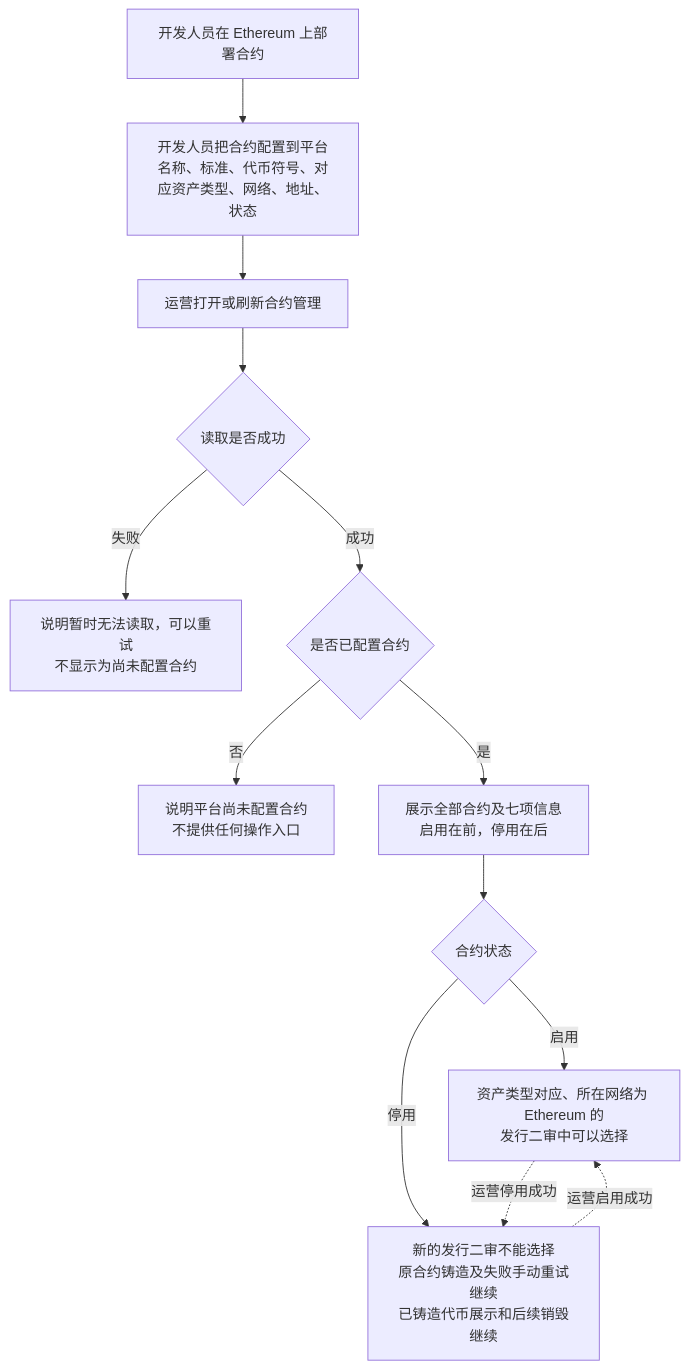
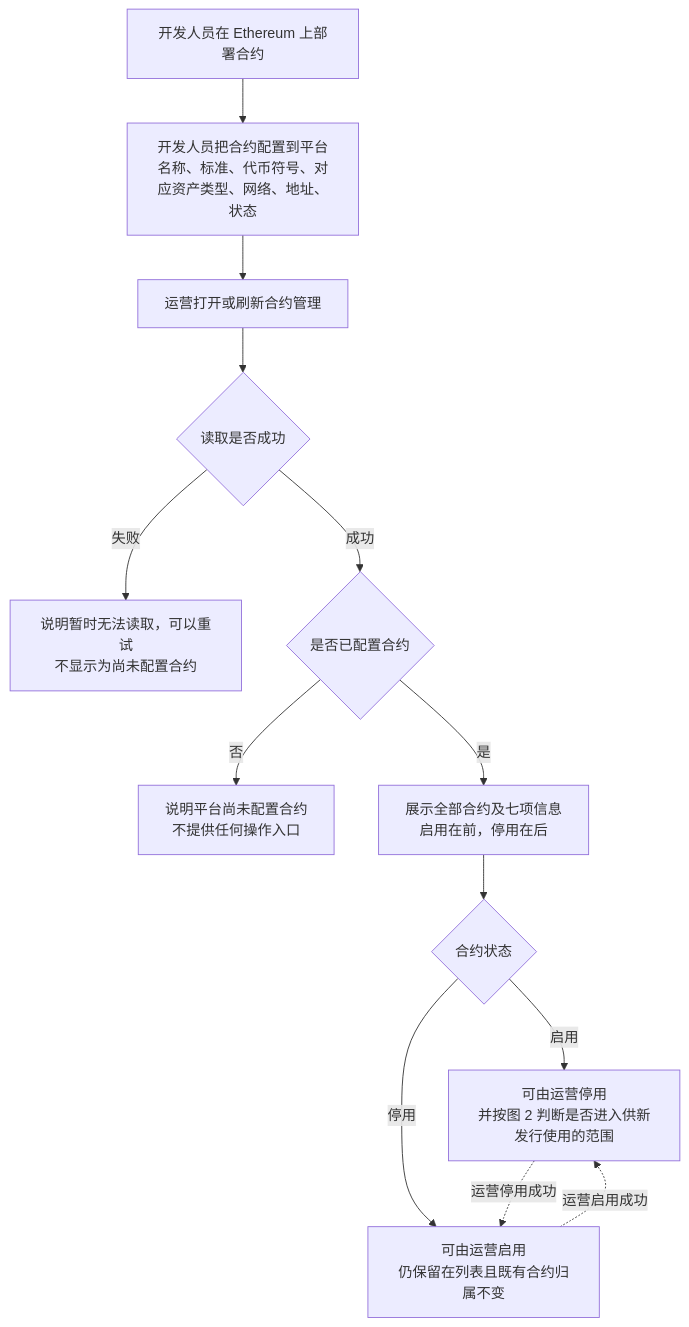
Before and after one commit to wxblockchain/Chain-Financing: the first of 6 diagrams in token-issuance-platform/PRD/管理端/M6-合约管理/02-合约管理-流程图与状态机.md, drawn with Mermaid. The commit also changed other lines of this file and 2 other files, not shown here.

````diff
--- a/token-issuance-platform/PRD/管理端/M6-合约管理/02-合约管理-流程图与状态机.md
+++ b/token-issuance-platform/PRD/管理端/M6-合约管理/02-合约管理-流程图与状态机.md
@@ -21,15 +21,15 @@
 ```mermaid
 flowchart TD
     A[开发人员在 Ethereum 上部署合约] --> B[开发人员把合约配置到平台<br/>名称、标准、代币符号、对应资产类型、网络、地址、状态]
     B --> C[运营打开或刷新合约管理]
     C --> D{读取是否成功}
     D -->|失败| D1[说明暂时无法读取，可以重试<br/>不显示为尚未配置合约]
     D -->|成功| E{是否已配置合约}
     E -->|否| E1[说明平台尚未配置合约<br/>不提供任何操作入口]
     E -->|是| F[展示全部合约及七项信息<br/>启用在前，停用在后]
     F --> G{合约状态}
-    G -->|启用| H[资产类型对应、所在网络为 Ethereum 的<br/>发行二审中可以选择]
-    G -->|停用| I[新的发行二审不能选择<br/>原合约铸造及失败手动重试继续<br/>已铸造代币展示和后续销毁继续]
+    G -->|启用| H[可由运营停用<br/>并按图 2 判断是否进入供新发行使用的范围]
+    G -->|停用| I[可由运营启用<br/>仍保留在列表且既有合约归属不变]
     H -.运营停用成功.-> I
     I -.运营启用成功.-> H
 ```
````
